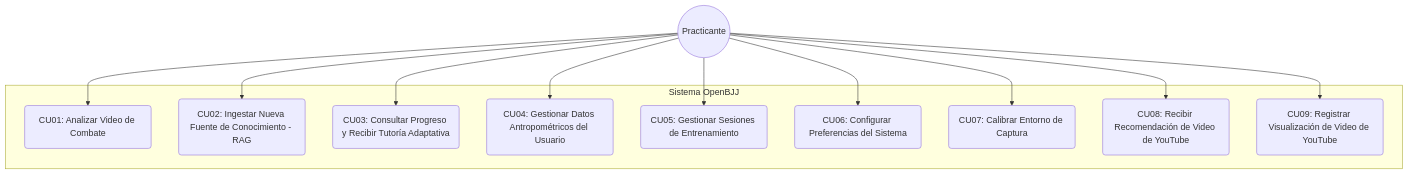
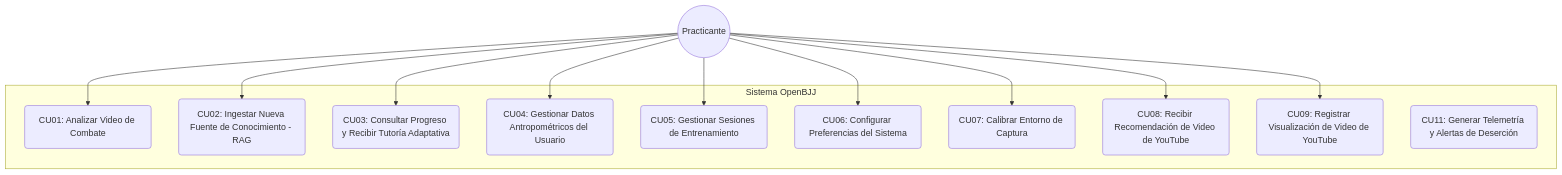
The second of 14 diagrams in README.md (Tsmrain/Documentacion), drawn with Mermaid before and after one commit. The commit also changed other lines of this file, not shown here.

Commit message:
docs: integrar reestructuracion metodologica de tatami, telemetria analitica y alertas de compromiso RF08/CU11

````diff
--- a/README.md
+++ b/README.md
@@ -713,26 +724,27 @@
 ```mermaid
 flowchart TD
     Practicante((Practicante))
     
     subgraph "Sistema OpenBJJ"
         CU01(CU01: Analizar Video de Combate)
         CU02(CU02: Ingestar Nueva Fuente de Conocimiento - RAG)
         CU03(CU03: Consultar Progreso y Recibir Tutoría Adaptativa)
         CU04(CU04: Gestionar Datos Antropométricos del Usuario)
         CU05(CU05: Gestionar Sesiones de Entrenamiento)
         CU06(CU06: Configurar Preferencias del Sistema)
         CU07(CU07: Calibrar Entorno de Captura)
         CU08(CU08: Recibir Recomendación de Video de YouTube)
         CU09(CU09: Registrar Visualización de Video de YouTube)
+        CU11(CU11: Generar Telemetría y Alertas de Deserción)
     end
     
     Practicante --> CU01
     Practicante --> CU02
     Practicante --> CU03
     Practicante --> CU04
     Practicante --> CU05
     Practicante --> CU06
     Practicante --> CU07
     Practicante --> CU08
     Practicante --> CU09
 ```
````
